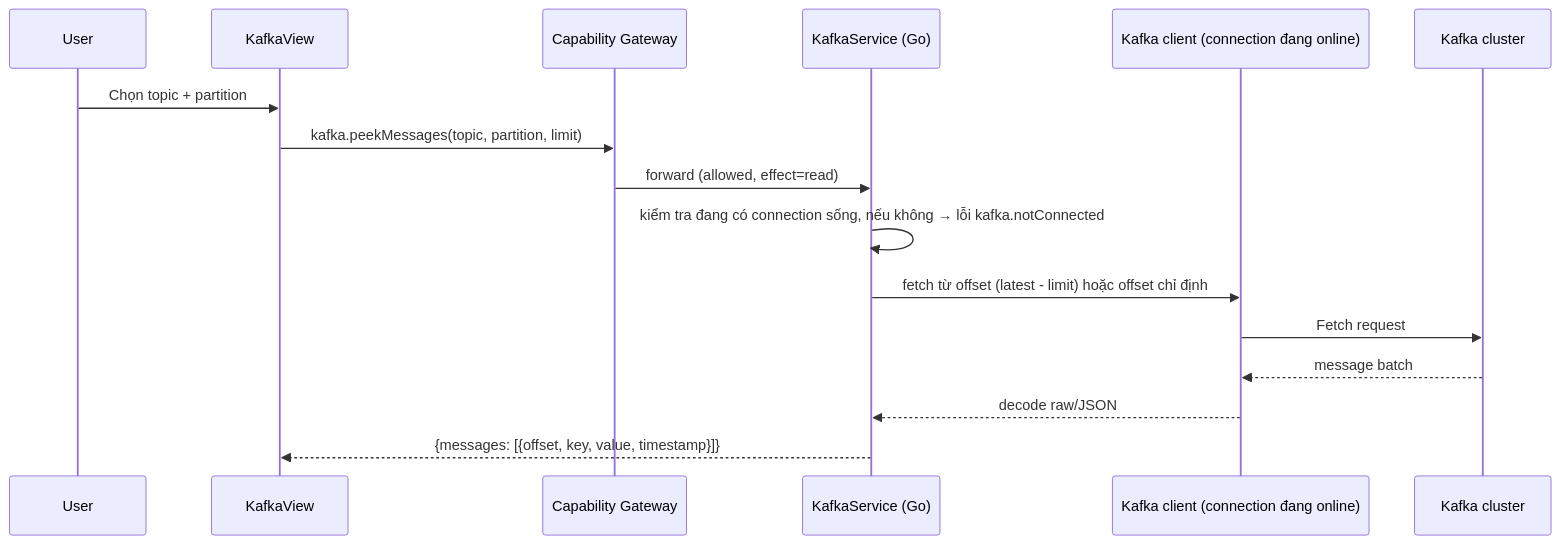
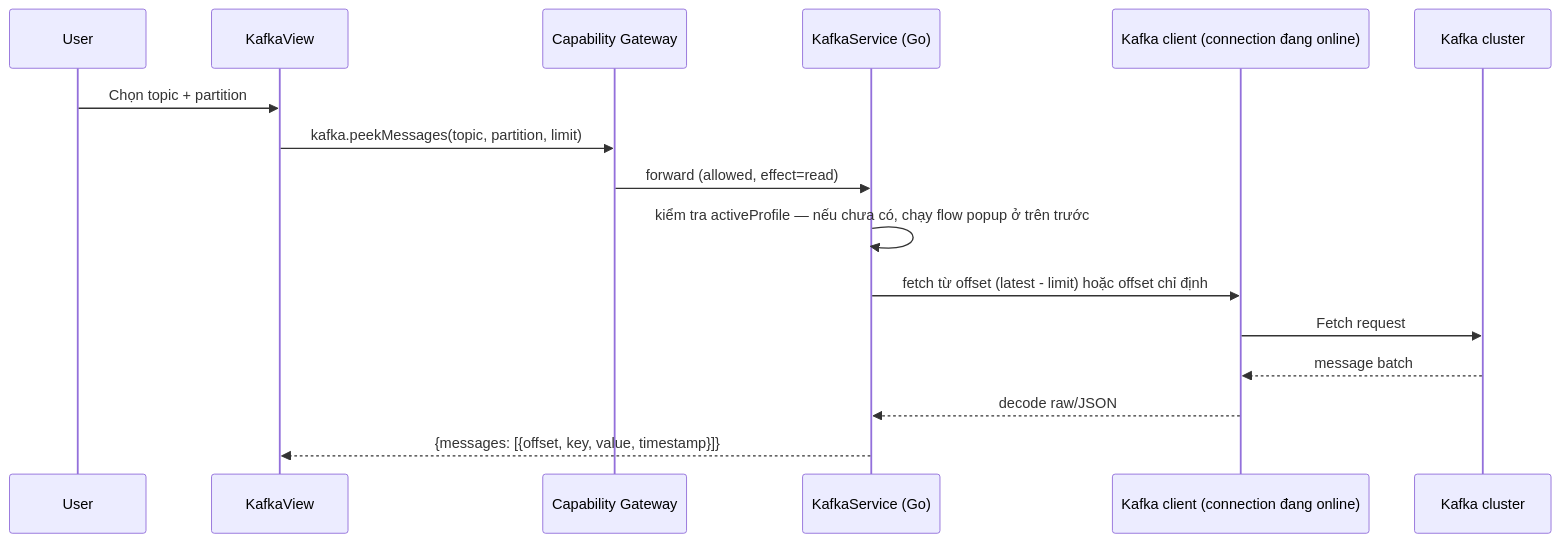
The fourth of 5 diagrams in content/projects/dev-kit/kafka.mdx (syurodev/base), drawn with Mermaid before and after one commit. The commit also changed other lines of this file and 3 other files, not shown here.

````diff
--- a/content/projects/dev-kit/kafka.mdx
+++ b/content/projects/dev-kit/kafka.mdx
@@ -127,19 +162,19 @@
 ```mermaid
 sequenceDiagram
   participant User
   participant UI as KafkaView
   participant GW as Capability Gateway
   participant Svc as KafkaService (Go)
   participant Client as Kafka client (connection đang online)
   participant Broker as Kafka cluster
 
   User->>UI: Chọn topic + partition
   UI->>GW: kafka.peekMessages(topic, partition, limit)
   GW->>Svc: forward (allowed, effect=read)
-  Svc->>Svc: kiểm tra đang có connection sống, nếu không → lỗi kafka.notConnected
+  Svc->>Svc: kiểm tra activeProfile — nếu chưa có, chạy flow popup ở trên trước
   Svc->>Client: fetch từ offset (latest - limit) hoặc offset chỉ định
   Client->>Broker: Fetch request
   Broker-->>Client: message batch
   Client-->>Svc: decode raw/JSON
   Svc-->>UI: {messages: [{offset, key, value, timestamp}]}
 ```
````
